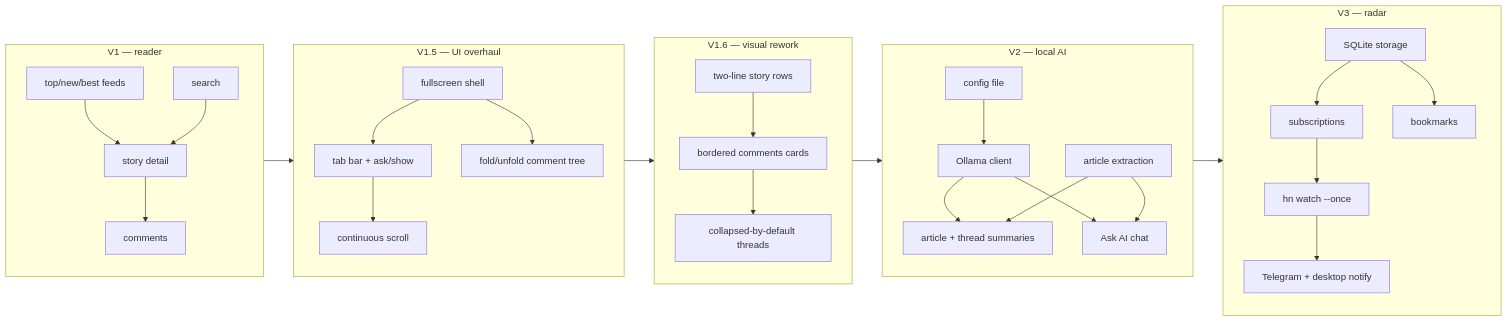
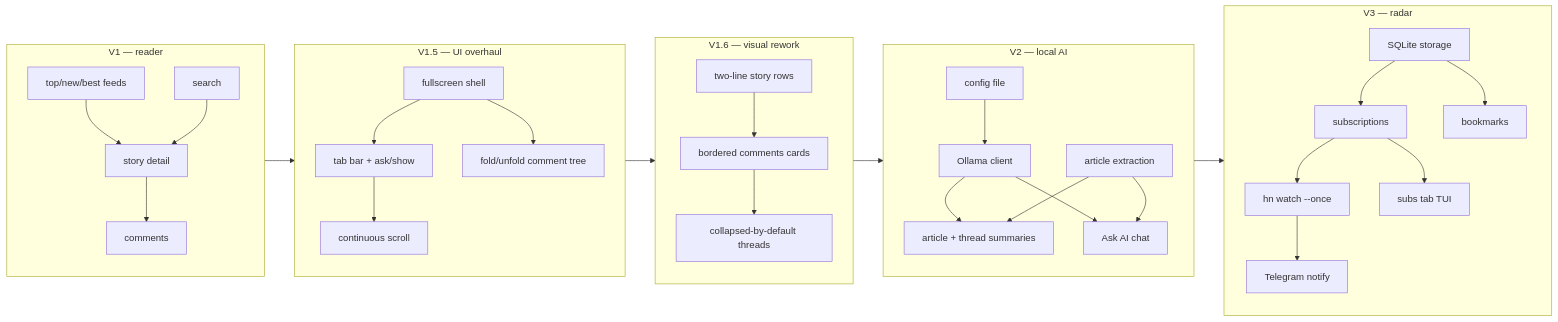
The diagram in specs/README.md (navinrc/hn-bits), drawn with Mermaid before and after one commit. The commit also changed other lines of this file and 11 other files, not shown here.

````diff
--- a/specs/README.md
+++ b/specs/README.md
@@ -17,29 +21,30 @@
 ```mermaid
 flowchart LR
     subgraph V1 [V1 — reader]
         A[top/new/best feeds] --> B[story detail] --> C[comments]
         S[search] --> B
     end
     subgraph V15 [V1.5 — UI overhaul]
         U[fullscreen shell] --> V[tab bar + ask/show]
         V --> W[continuous scroll]
         U --> X[fold/unfold comment tree]
     end
     subgraph V16 [V1.6 — visual rework]
         Y[two-line story rows] --> Z[bordered comments cards]
         Z --> AA[collapsed-by-default threads]
     end
     subgraph V2 [V2 — local AI]
         D[config file] --> E[Ollama client]
         E --> F[article + thread summaries]
         E --> G[Ask AI chat]
         H[article extraction] --> F & G
     end
     subgraph V3 [V3 — radar]
         I[SQLite storage] --> J[subscriptions]
         J --> K[hn watch --once]
-        K --> L[Telegram + desktop notify]
+        K --> L[Telegram notify]
+        J --> N[subs tab TUI]
         I --> M[bookmarks]
     end
     V1 --> V15 --> V16 --> V2 --> V3
 ```
````
